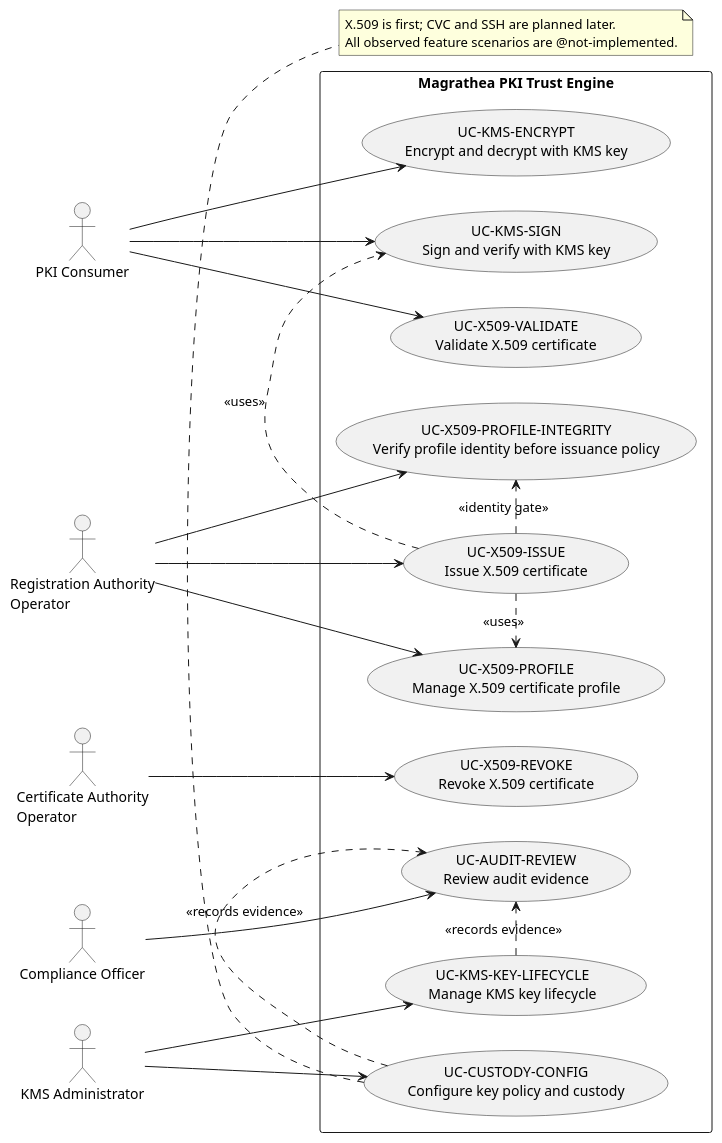
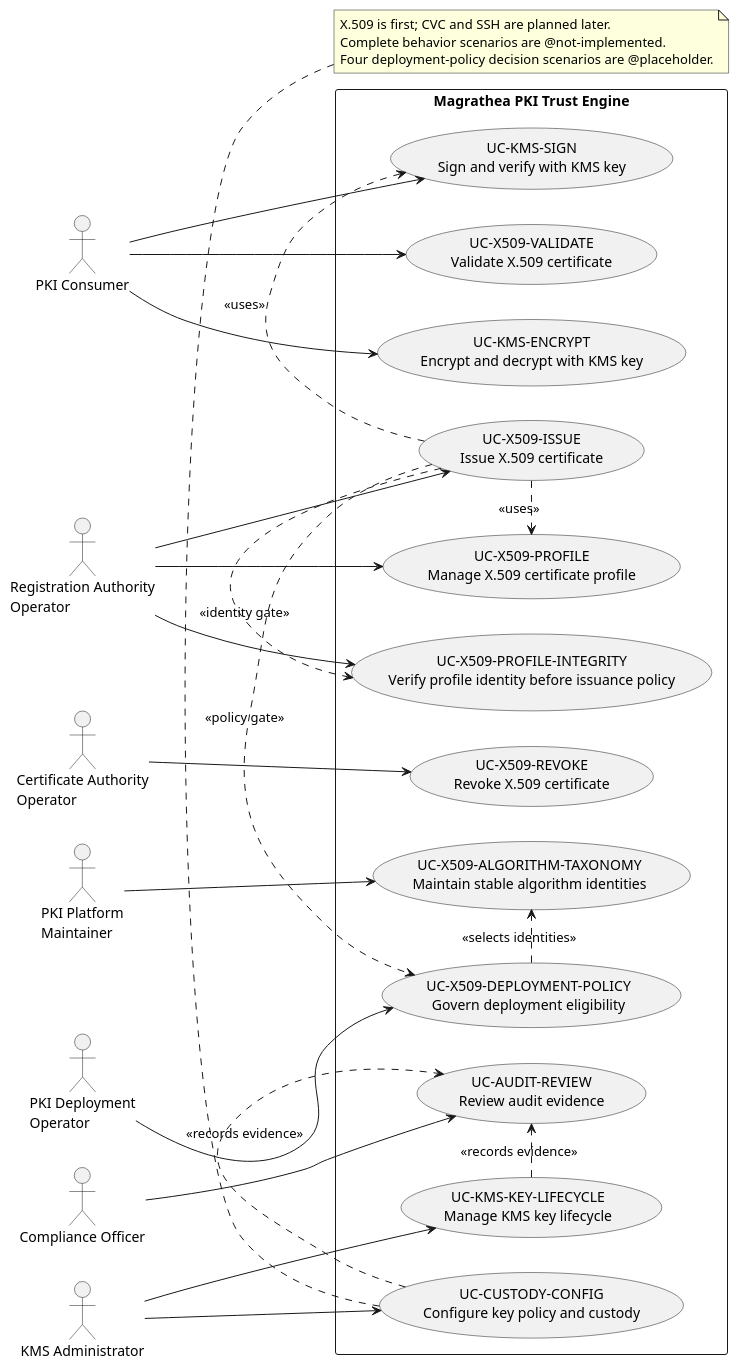
Before and after one commit to Magrathea-oss/magrathea-pki: the diagram in docs/arc42/appendix-requirements.adoc, drawn with PlantUML. The commit also changed other lines of this file and 13 other files, not shown here.

Commit message:
docs(x509): govern enriched algorithm policy

```diff
--- a/docs/arc42/appendix-requirements.adoc
+++ b/docs/arc42/appendix-requirements.adoc
@@ -106,48 +119,57 @@
 [plantuml,magrathea-pki-use-case-overview,svg]
 ----
 @startuml
 left to right direction
 skinparam packageStyle rectangle
 
 actor "PKI Consumer" as Consumer
 actor "Registration Authority\nOperator" as RA
 actor "Certificate Authority\nOperator" as CA
+actor "PKI Platform\nMaintainer" as Maintainer
+actor "PKI Deployment\nOperator" as DeploymentOperator
 actor "Compliance Officer" as Compliance
 actor "KMS Administrator" as KMSAdmin
 
 rectangle "Magrathea PKI Trust Engine" {
   usecase "UC-X509-PROFILE\nManage X.509 certificate profile" as UC_X509_PROFILE
   usecase "UC-X509-PROFILE-INTEGRITY\nVerify profile identity before issuance policy" as UC_X509_PROFILE_INTEGRITY
+  usecase "UC-X509-ALGORITHM-TAXONOMY\nMaintain stable algorithm identities" as UC_X509_ALGORITHM_TAXONOMY
+  usecase "UC-X509-DEPLOYMENT-POLICY\nGovern deployment eligibility" as UC_X509_DEPLOYMENT_POLICY
   usecase "UC-X509-ISSUE\nIssue X.509 certificate" as UC_X509_ISSUE
   usecase "UC-X509-REVOKE\nRevoke X.509 certificate" as UC_X509_REVOKE
   usecase "UC-X509-VALIDATE\nValidate X.509 certificate" as UC_X509_VALIDATE
   usecase "UC-KMS-KEY-LIFECYCLE\nManage KMS key lifecycle" as UC_KMS_KEY_LIFECYCLE
   usecase "UC-KMS-SIGN\nSign and verify with KMS key" as UC_KMS_SIGN
   usecase "UC-KMS-ENCRYPT\nEncrypt and decrypt with KMS key" as UC_KMS_ENCRYPT
   usecase "UC-AUDIT-REVIEW\nReview audit evidence" as UC_AUDIT_REVIEW
   usecase "UC-CUSTODY-CONFIG\nConfigure key policy and custody" as UC_CUSTODY_CONFIG
 }
 
 RA --> UC_X509_PROFILE
 RA --> UC_X509_PROFILE_INTEGRITY
+Maintainer --> UC_X509_ALGORITHM_TAXONOMY
+DeploymentOperator --> UC_X509_DEPLOYMENT_POLICY
 RA --> UC_X509_ISSUE
 CA --> UC_X509_REVOKE
 Consumer --> UC_X509_VALIDATE
 Consumer --> UC_KMS_SIGN
 Consumer --> UC_KMS_ENCRYPT
 KMSAdmin --> UC_KMS_KEY_LIFECYCLE
 KMSAdmin --> UC_CUSTODY_CONFIG
 Compliance --> UC_AUDIT_REVIEW
 
 UC_X509_ISSUE .> UC_X509_PROFILE : <<uses>>
 UC_X509_ISSUE .> UC_X509_PROFILE_INTEGRITY : <<identity gate>>
+UC_X509_ISSUE .> UC_X509_DEPLOYMENT_POLICY : <<policy gate>>
+UC_X509_DEPLOYMENT_POLICY .> UC_X509_ALGORITHM_TAXONOMY : <<selects identities>>
 UC_X509_ISSUE .> UC_KMS_SIGN : <<uses>>
 UC_KMS_KEY_LIFECYCLE .> UC_AUDIT_REVIEW : <<records evidence>>
 UC_CUSTODY_CONFIG .> UC_AUDIT_REVIEW : <<records evidence>>
 
 note bottom
   X.509 is first; CVC and SSH are planned later.
-  All observed feature scenarios are @not-implemented.
+  Complete behavior scenarios are @not-implemented.
+  Four deployment-policy decision scenarios are @placeholder.
 end note
 @enduml
 ----
```
